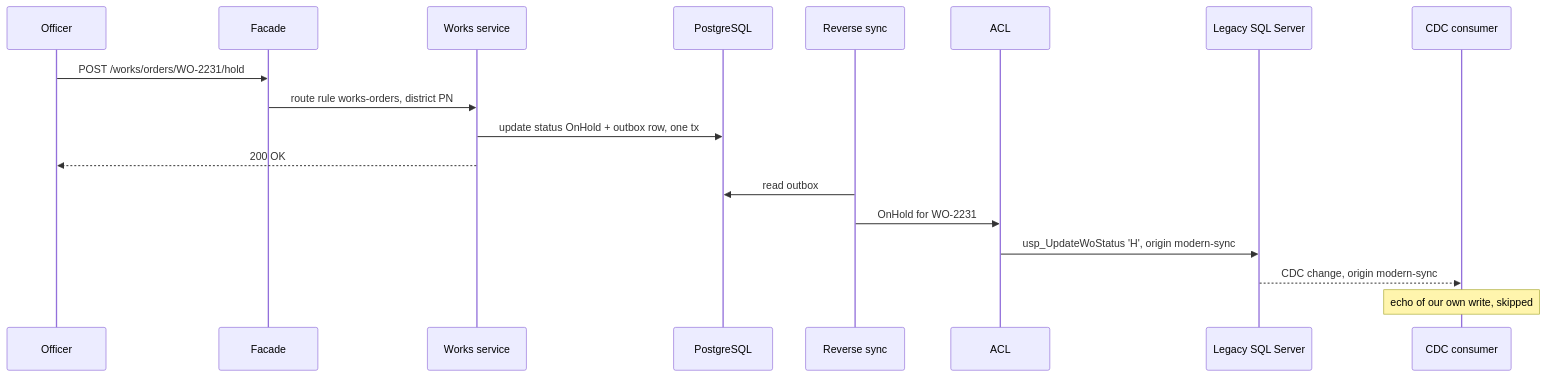
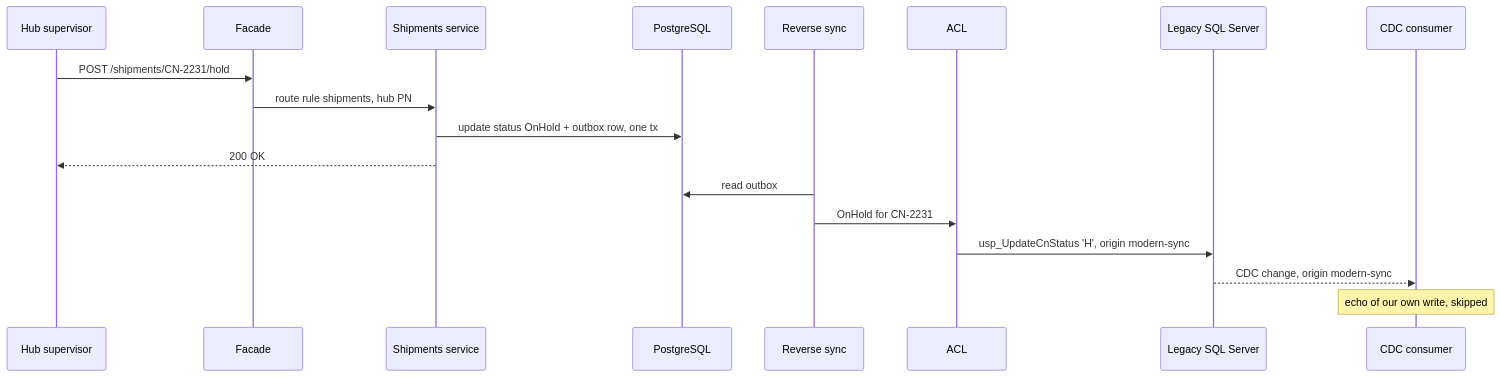
Before and after one commit to rizwi0786/system-design-lab: the second of 3 diagrams in content/lessons/m16/m16-strangler-acl.md, drawn with Mermaid. The commit also changed other lines of this file and 334 other files, not shown here.

````diff
--- a/content/lessons/m16/m16-strangler-acl.md
+++ b/content/lessons/m16/m16-strangler-acl.md
@@ -228,20 +230,20 @@
 ```mermaid
 sequenceDiagram
-    participant U as Officer
+    participant U as Hub supervisor
     participant F as Facade
-    participant W as Works service
+    participant W as Shipments service
     participant PG as PostgreSQL
     participant RS as Reverse sync
     participant ACL as ACL
     participant SQL as Legacy SQL Server
     participant C as CDC consumer
-    U->>F: POST /works/orders/WO-2231/hold
-    F->>W: route rule works-orders, district PN
+    U->>F: POST /shipments/CN-2231/hold
+    F->>W: route rule shipments, hub PN
     W->>PG: update status OnHold + outbox row, one tx
     W-->>U: 200 OK
     RS->>PG: read outbox
-    RS->>ACL: OnHold for WO-2231
-    ACL->>SQL: usp_UpdateWoStatus 'H', origin modern-sync
+    RS->>ACL: OnHold for CN-2231
+    ACL->>SQL: usp_UpdateCnStatus 'H', origin modern-sync
     SQL-->>C: CDC change, origin modern-sync
     Note over C: echo of our own write, skipped
 ```
````
